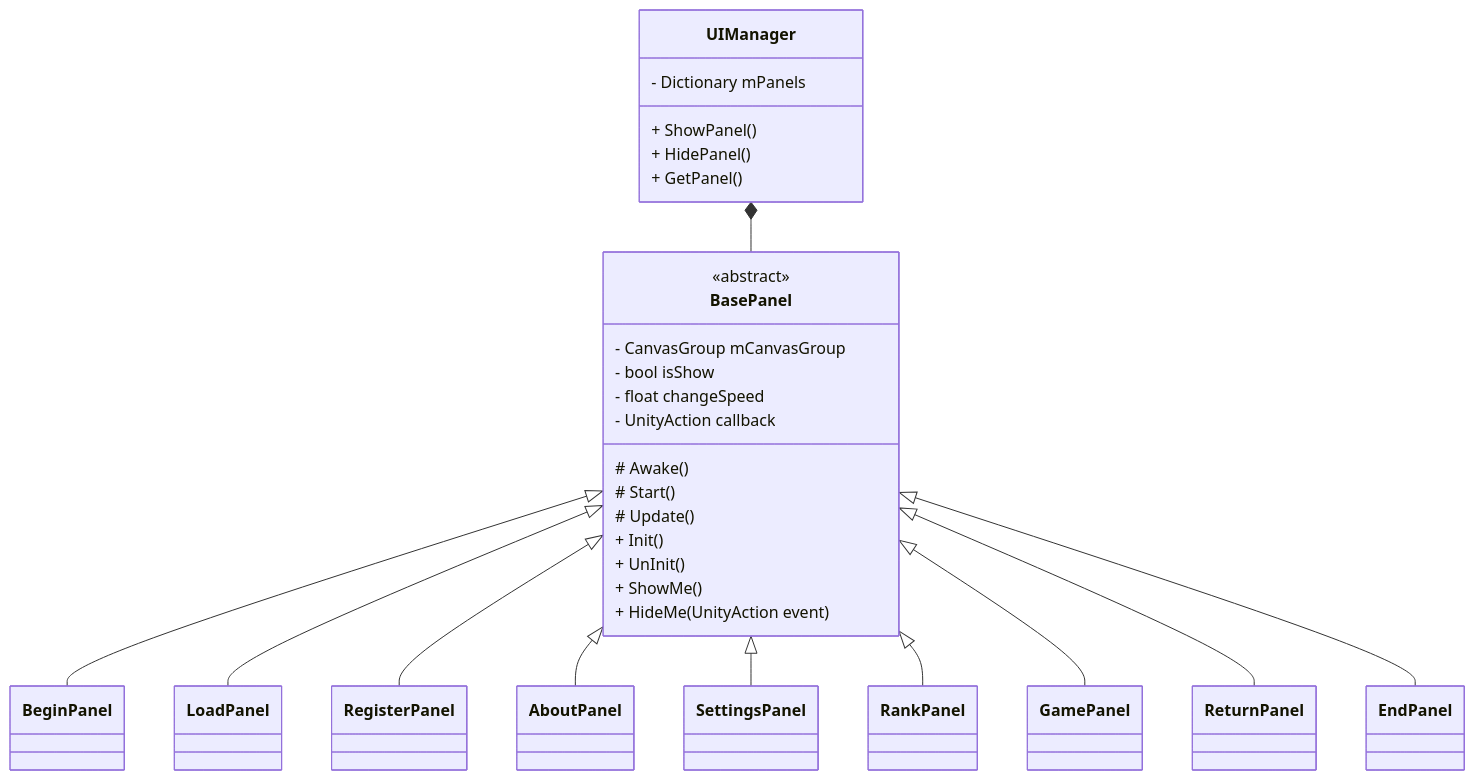
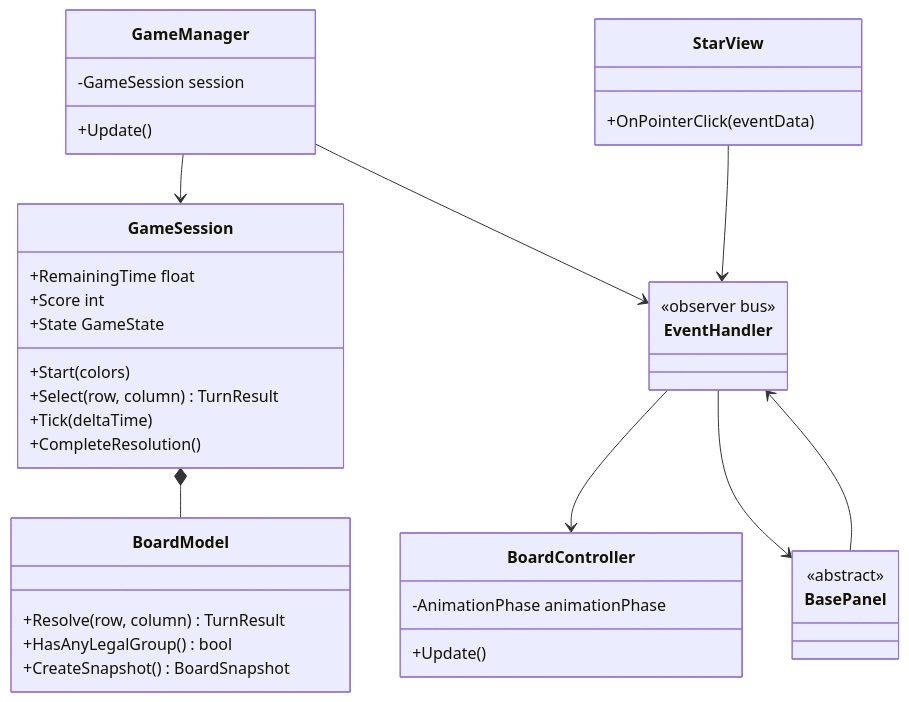
One commit to xwh353669164/Eliminate-Star changed the first of 2 diagrams in Assets/ArtRes/类图和时序图.md. Above: the diagram before and after it, drawn with Mermaid. The commit also changed other lines of this file and 83 other files, not shown here.

````diff
--- a/Assets/ArtRes/类图和时序图.md
+++ b/Assets/ArtRes/类图和时序图.md
@@ -3,60 +5,42 @@
 ```mermaid
 classDiagram
-class UIManager{
-    - Dictionary<string,BasePanel> mPanels
-    + ShowPanel()
-    + HidePanel()
-    + GetPanel()
-}
-class BasePanel{
-    <<abstract>>
-    - CanvasGroup mCanvasGroup
-    - bool isShow
-    - float changeSpeed
-    - UnityAction callback
-    # Awake()
-    # Start()
-    # Update()
-    + Init()
-    + UnInit()
-    + ShowMe()
-    + HideMe(UnityAction event)
-}
-class LoadPanel{
+    class BoardModel {
+        +Resolve(row, column) TurnResult
+        +HasAnyLegalGroup() bool
+        +CreateSnapshot() BoardSnapshot
+    }
+    class GameSession {
+        +RemainingTime float
+        +Score int
+        +State GameState
+        +Start(colors)
+        +Select(row, column) TurnResult
+        +Tick(deltaTime)
+        +CompleteResolution()
+    }
+    class GameManager {
+        -GameSession session
+        +Update()
+    }
+    class EventHandler {
+        <<observer bus>>
+    }
+    class BoardController {
+        -AnimationPhase animationPhase
+        +Update()
+    }
+    class StarView {
+        +OnPointerClick(eventData)
+    }
+    class BasePanel {
+        <<abstract>>
+    }
 
-}
-class RegisterPanel{
-
-}
-class BeginPanel{
-
-}
-class AboutPanel{
-
-}
-class SettingsPanel{
-
-}
-class RankPanel{
-
-}
-class GamePanel{
-
-}
-class ReturnPanel{
-
-}
-class EndPanel{
-
-}
-BasePanel <|-- BeginPanel
-BasePanel <|-- LoadPanel
-BasePanel <|-- RegisterPanel
-BasePanel <|-- AboutPanel
-BasePanel <|-- SettingsPanel
-BasePanel <|-- RankPanel
-BasePanel <|-- GamePanel
-BasePanel <|-- ReturnPanel
-BasePanel <|-- EndPanel
-UIManager *-- BasePanel
+    GameSession *-- BoardModel
+    GameManager --> GameSession
+    GameManager --> EventHandler
+    EventHandler --> BoardController
+    EventHandler --> BasePanel
+    StarView --> EventHandler
+    BasePanel --> EventHandler
 ```
````
